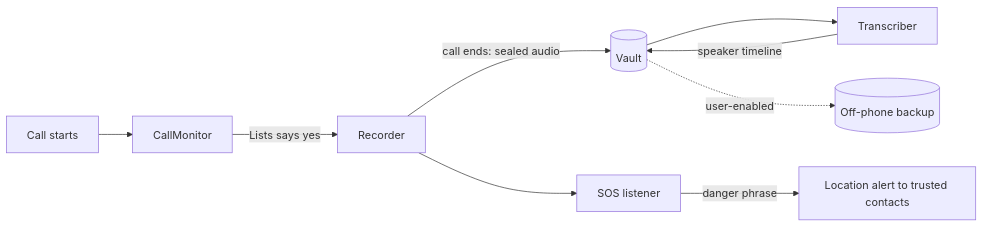
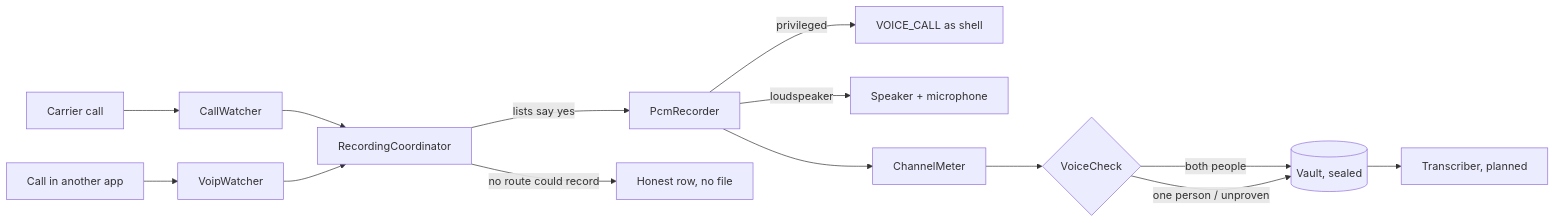
Before and after one commit to UVuruna/Witness: the diagram in docs/ARCHITECTURE.md, drawn with Mermaid. The commit also changed other lines of this file and 62 other files, not shown here.

````diff
--- a/docs/ARCHITECTURE.md
+++ b/docs/ARCHITECTURE.md
@@ -25,11 +33,16 @@
 ```mermaid
 flowchart LR
-    CALL[Call starts] --> CM[CallMonitor]
-    CM -->|Lists says yes| REC[Recorder]
-    REC -->|call ends: sealed audio| VAULT[(Vault)]
-    VAULT --> TR[Transcriber]
-    TR -->|speaker timeline| VAULT
-    VAULT -.->|user-enabled| BK[(Off-phone backup)]
-    REC --> SOS[SOS listener]
-    SOS -->|danger phrase| MSG[Location alert to trusted contacts]
+    CALL[Carrier call] --> CW[CallWatcher]
+    VOIP[Call in another app] --> VW[VoipWatcher]
+    CW --> CO[RecordingCoordinator]
+    VW --> CO
+    CO -->|lists say yes| REC[PcmRecorder]
+    REC -->|privileged| SHZ[VOICE_CALL as shell]
+    REC -->|loudspeaker| MIC[Speaker + microphone]
+    REC --> MET[ChannelMeter]
+    MET --> VC{VoiceCheck}
+    VC -->|both people| VAULT[(Vault, sealed)]
+    VC -->|one person / unproven| VAULT
+    CO -->|no route could record| ROW[Honest row, no file]
+    VAULT --> TR[Transcriber, planned]
 ```
````
